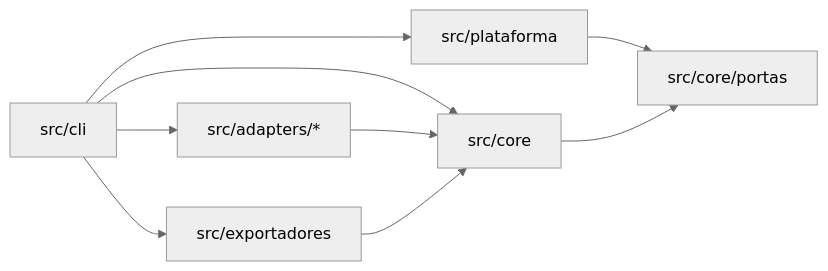
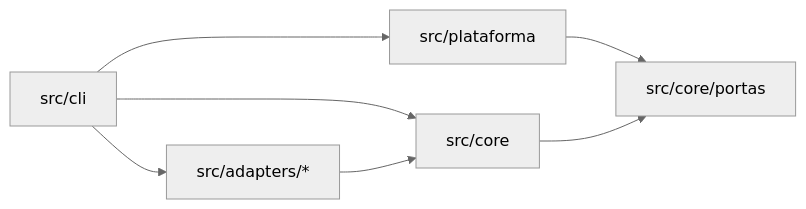
Before and after one commit to EduCarvalhoO/ez-ai: the first of 2 diagrams in docs/arquitetura/mapa-de-modulos.md, drawn with Mermaid (neutral theme). The commit also changed other lines of this file and 8 other files, not shown here.

Commit message:
docs: quickstart com sessão de workflow, mapa de módulos, roteiro de prova manual e roadmap da Sprint 17

````diff
--- a/docs/arquitetura/mapa-de-modulos.md
+++ b/docs/arquitetura/mapa-de-modulos.md
@@ -15,11 +15,9 @@
 ```mermaid
 flowchart LR
   cli[src/cli] --> core[src/core]
   cli --> plat[src/plataforma]
   cli --> adp[src/adapters/*]
-  cli --> exp[src/exportadores]
   plat --> portas[src/core/portas]
   adp --> core
-  exp --> core
   core --> portas
 ```
````
